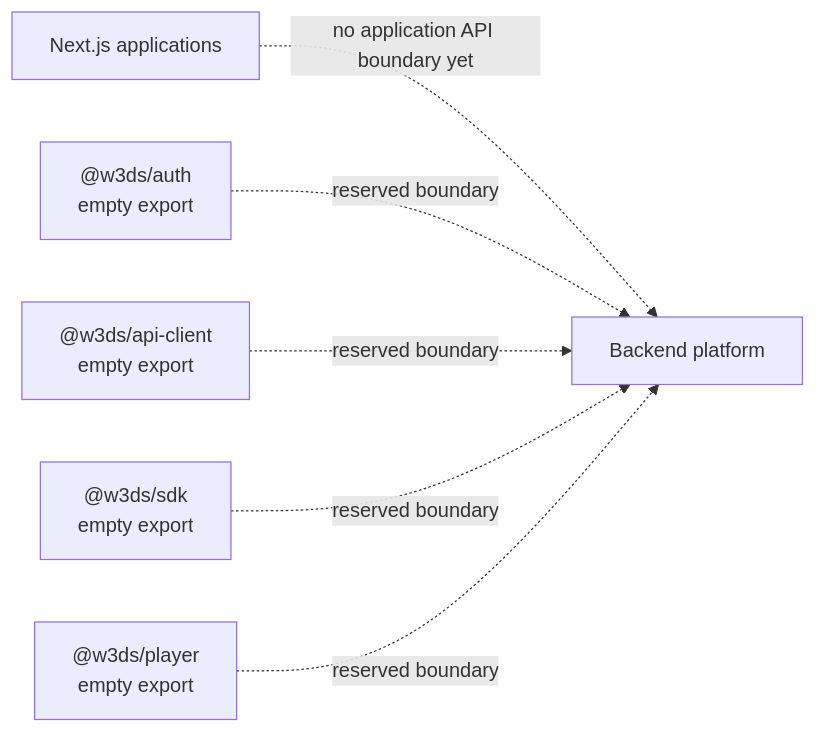
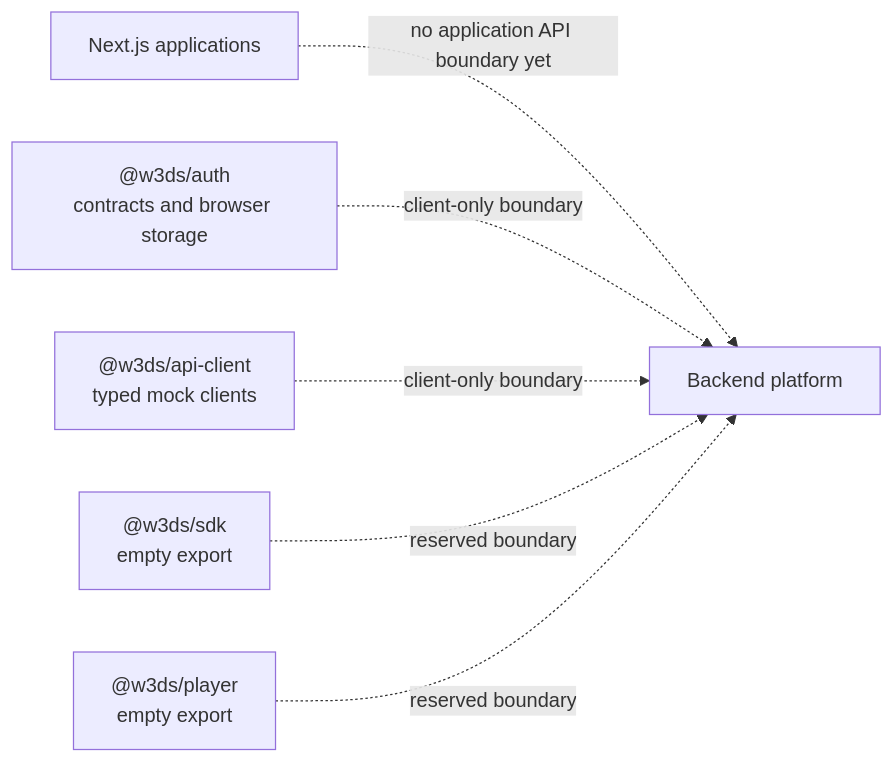
Before and after one commit to serobkhachatryan-cpu/vidak: the diagram in docs/backend.md, drawn with Mermaid. The commit also changed other lines of this file and 1 other file, not shown here.

First line of the commit message:
docs(auth): align mock authentication boundaries

````diff
--- a/docs/backend.md
+++ b/docs/backend.md
@@ -13,8 +13,8 @@
 ```mermaid
 flowchart LR
   Clients["Next.js applications"] -. no application API boundary yet .-> Platform["Backend platform"]
-  Auth["@w3ds/auth<br/>empty export"] -. reserved boundary .-> Platform
-  API["@w3ds/api-client<br/>empty export"] -. reserved boundary .-> Platform
+  Auth["@w3ds/auth<br/>contracts and browser storage"] -. client-only boundary .-> Platform
+  API["@w3ds/api-client<br/>typed mock clients"] -. client-only boundary .-> Platform
   SDK["@w3ds/sdk<br/>empty export"] -. reserved boundary .-> Platform
   Player["@w3ds/player<br/>empty export"] -. reserved boundary .-> Platform
 ```
````
